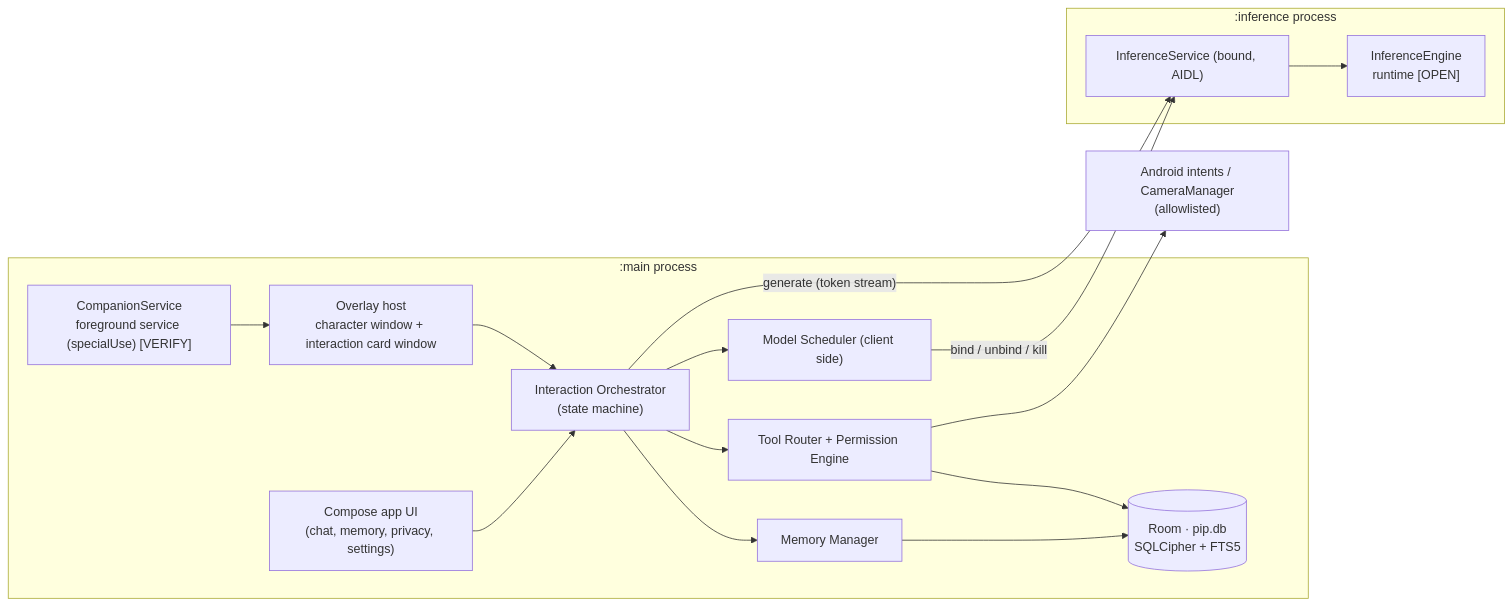
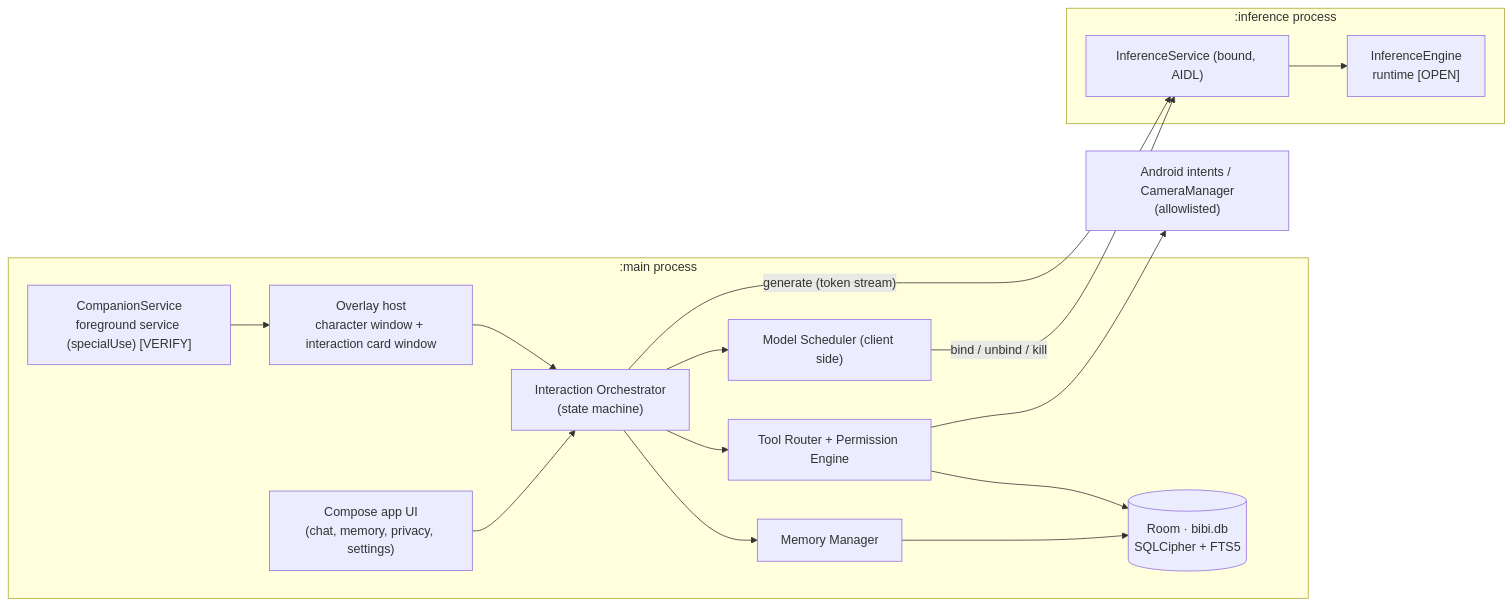
One commit to SaadAhmed1122/bibi-ai changed the first of 2 diagrams in docs/architecture.md. Above: the diagram before and after it, drawn with Mermaid. The commit also changed other lines of this file and 12 other files, not shown here.

First line of the commit message:
Rename product from Pip to Bibi AI

````diff
--- a/docs/architecture.md
+++ b/docs/architecture.md
@@ -22,29 +22,29 @@
 ```mermaid
 flowchart LR
     subgraph MAIN[":main process"]
         UI["Compose app UI<br/>(chat, memory, privacy, settings)"]
         FGS["CompanionService<br/>foreground service (specialUse) [VERIFY]"]
         OVL["Overlay host<br/>character window + interaction card window"]
         ORCH["Interaction Orchestrator<br/>(state machine)"]
         TOOLS["Tool Router + Permission Engine"]
         MEM["Memory Manager"]
         SCHED["Model Scheduler (client side)"]
-        DB[("Room · pip.db<br/>SQLCipher + FTS5")]
+        DB[("Room · bibi.db<br/>SQLCipher + FTS5")]
     end
     subgraph INF[":inference process"]
         SVC["InferenceService (bound, AIDL)"]
         LLM["InferenceEngine<br/>runtime [OPEN]"]
     end
     FGS --> OVL
     UI --> ORCH
     OVL --> ORCH
     ORCH --> TOOLS
     ORCH --> MEM
     ORCH --> SCHED
     SCHED -- "bind / unbind / kill" --> SVC
     ORCH -- "generate (token stream)" --> SVC
     SVC --> LLM
     MEM --> DB
     TOOLS --> DB
     TOOLS --> AND["Android intents / CameraManager<br/>(allowlisted)"]
 ```
````
